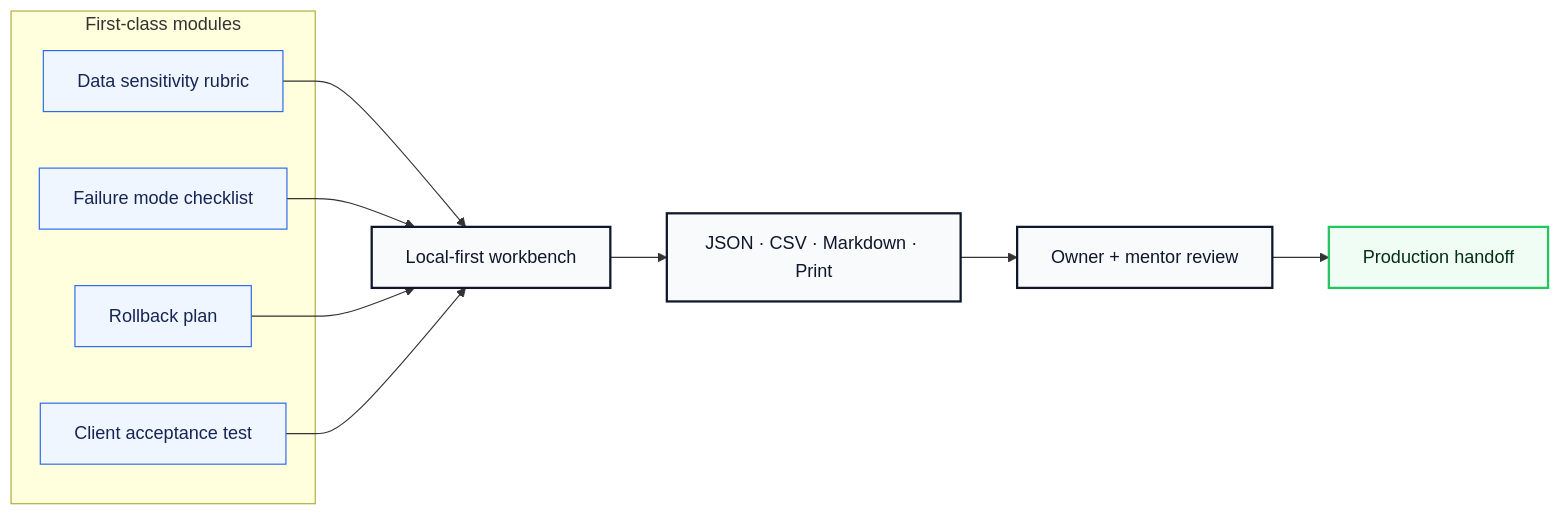
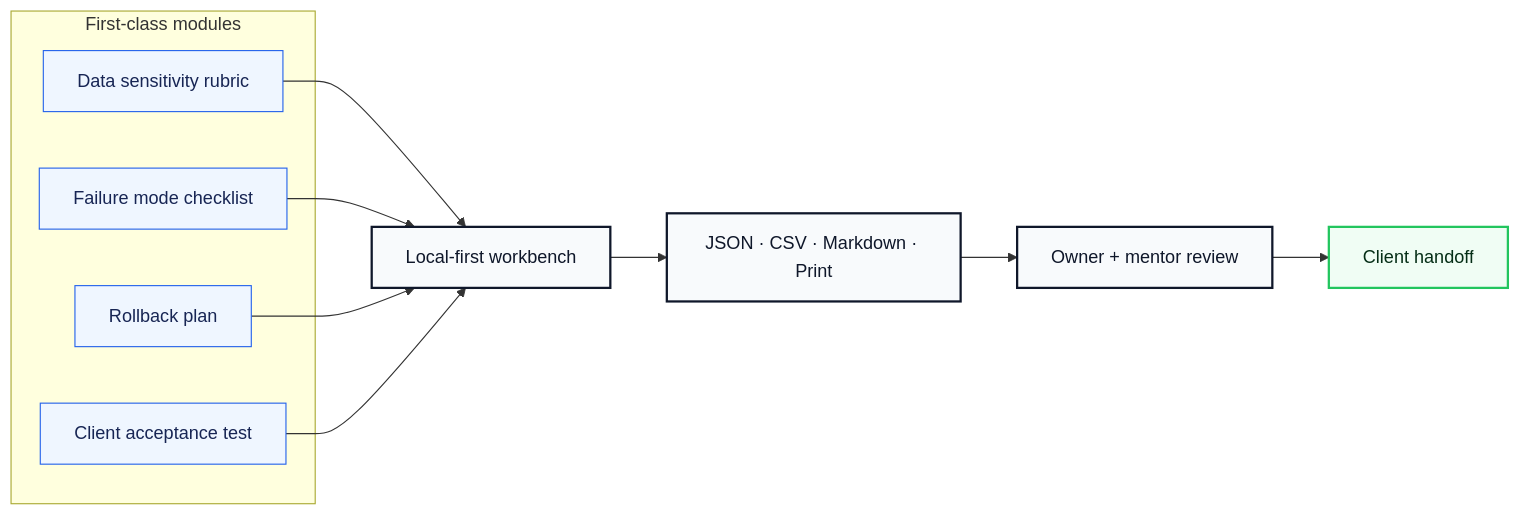
One commit to volta-npo/automation-risk-checklist changed the second of 3 diagrams in README.md. Above: the diagram before and after it, drawn with Mermaid. The commit also changed other lines of this file and 28 other files, not shown here.

````diff
--- a/README.md
+++ b/README.md
@@ -64,23 +64,23 @@
 ```mermaid
 flowchart LR
     subgraph Modules["First-class modules"]
         M1["Data sensitivity rubric"]
         M2["Failure mode checklist"]
         M3["Rollback plan"]
         M4["Client acceptance test"]
     end
     M1 --> Workbench
     M2 --> Workbench
     M3 --> Workbench
     M4 --> Workbench
     Workbench["Local-first workbench"] --> Exports["JSON · CSV · Markdown · Print"]
     Exports --> Review["Owner + mentor review"]
-    Review --> Launch["Production handoff"]
+    Review --> Launch["Client handoff"]
 
     classDef module fill:#eff6ff,stroke:#2563eb,color:#172554;
     classDef app fill:#f8fafc,stroke:#0f172a,color:#0f172a,stroke-width:2px;
     classDef launch fill:#f0fdf4,stroke:#22c55e,color:#052e16,stroke-width:2px;
     class M1,M2,M3,M4 module;
     class Workbench,Exports,Review app;
     class Launch launch;
 ```
````
